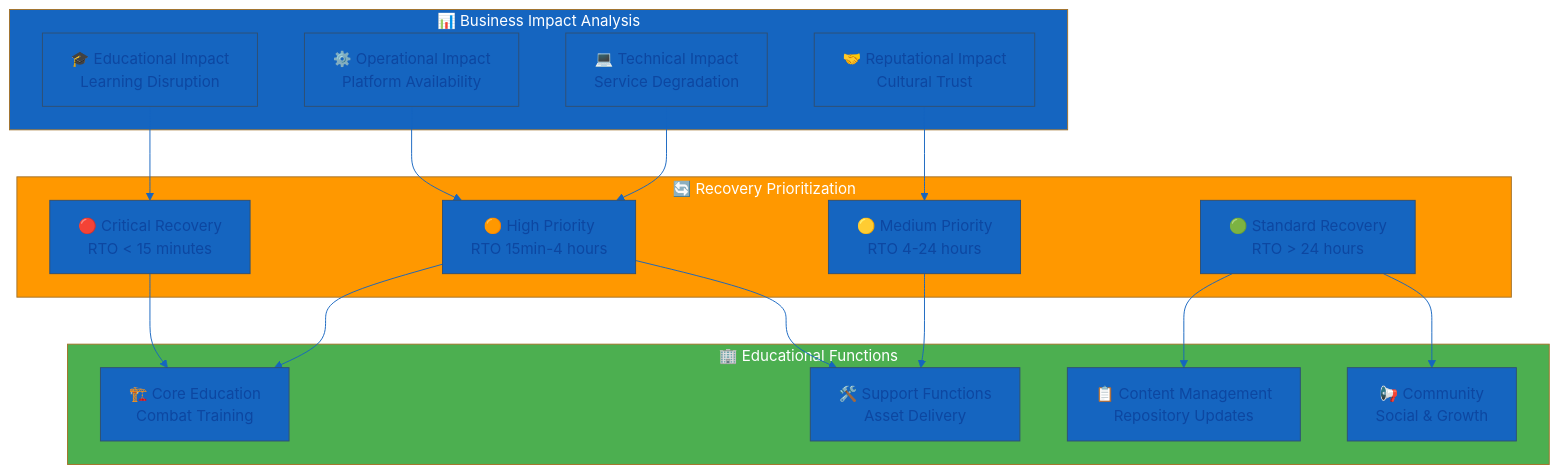
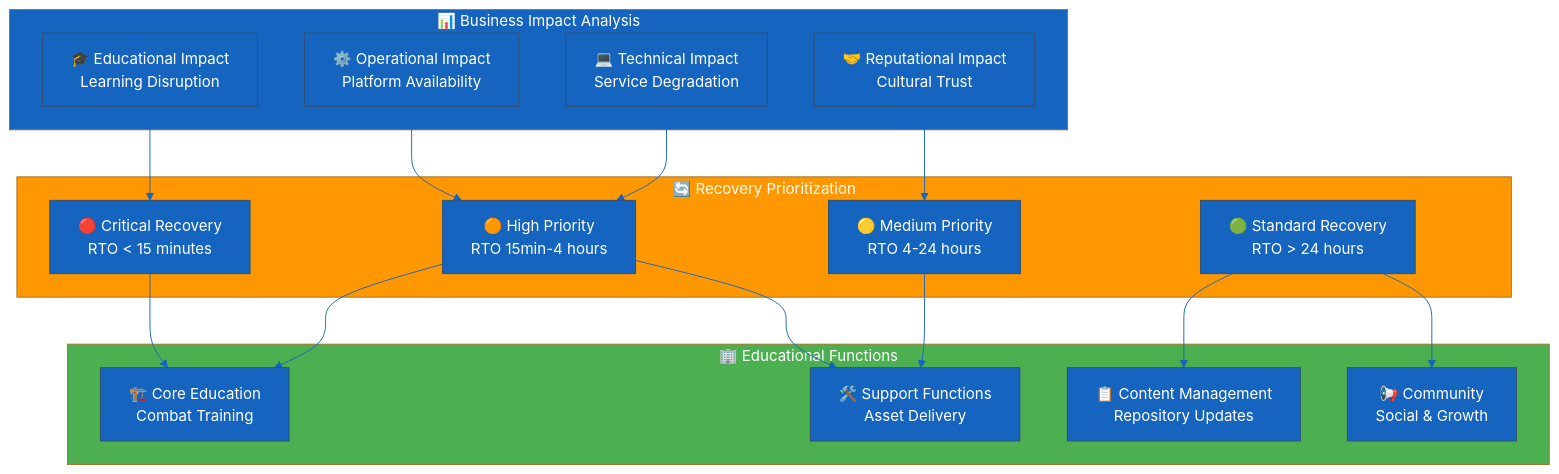
Before and after one commit to Hack23/blacktrigram: the first of 7 diagrams in BCPPlan.md, drawn with Mermaid. The commit also changed other lines of this file and 20 other files, not shown here.

First line of the commit message:
fix: add theme init directives to all 215 mermaid blocks and fix dark/light mode colors

````diff
--- a/BCPPlan.md
+++ b/BCPPlan.md
@@ -40,51 +40,51 @@
 ```mermaid
 %%{
   init: {
     'theme': 'base',
     'themeVariables': {
       'primaryColor': '#1565C0',
-      'primaryTextColor': '#0d47a1',
+      'primaryTextColor': '#fff',
       'lineColor': '#1565C0',
       'secondaryColor': '#4CAF50',
       'tertiaryColor': '#FF9800'
     }
   }
 }%%
 graph TB
     subgraph BIA["📊 Business Impact Analysis"]
         EDUCATIONAL[🎓 Educational Impact<br/>Learning Disruption]
         OPERATIONAL[⚙️ Operational Impact<br/>Platform Availability]
         REPUTATIONAL[🤝 Reputational Impact<br/>Cultural Trust]
         TECHNICAL[💻 Technical Impact<br/>Service Degradation]
     end
     
     subgraph RECOVERY["🔄 Recovery Prioritization"]
         CRITICAL[🔴 Critical Recovery<br/>RTO < 15 minutes]
         HIGH[🟠 High Priority<br/>RTO 15min-4 hours]
         MEDIUM[🟡 Medium Priority<br/>RTO 4-24 hours]
         STANDARD[🟢 Standard Recovery<br/>RTO > 24 hours]
     end
     
     subgraph BUSINESS["🏢 Educational Functions"]
         CORE[🏗️ Core Education<br/>Combat Training]
         SUPPORT[🛠️ Support Functions<br/>Asset Delivery]
         CONTENT[📋 Content Management<br/>Repository Updates]
         MARKETING[📢 Community<br/>Social & Growth]
     end
     
     EDUCATIONAL --> CRITICAL
     OPERATIONAL --> HIGH
     REPUTATIONAL --> MEDIUM
     TECHNICAL --> HIGH
     
     CRITICAL --> CORE
     HIGH --> CORE
     HIGH --> SUPPORT
     MEDIUM --> SUPPORT
     STANDARD --> CONTENT
     STANDARD --> MARKETING
     
     style BIA fill:#1565C0,color:#fff
     style RECOVERY fill:#FF9800,color:#fff
     style BUSINESS fill:#4CAF50,color:#fff
 ```
````
